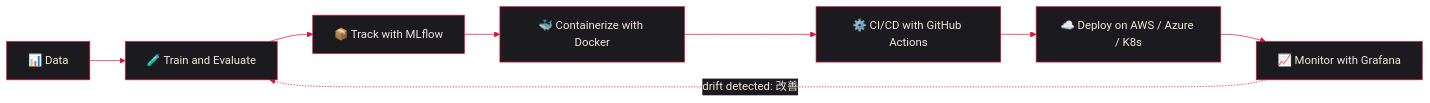
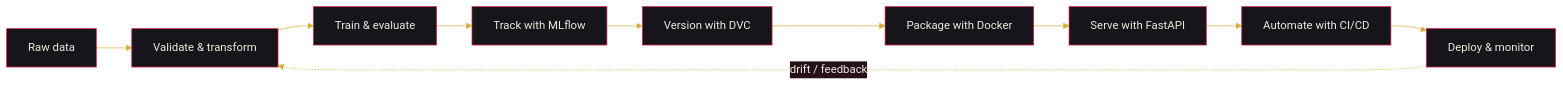
Before and after one commit to MitadruMridha05/MitadruMridha05: the diagram in README.md, drawn with Mermaid. The commit also changed other lines of this file and 2 other files, not shown here.

````diff
--- a/README.md
+++ b/README.md
@@ -76,11 +42,13 @@
 ```mermaid
-%%{init: {'theme':'base','themeVariables':{'primaryColor':'#1A1A1F','primaryTextColor':'#F2E9DC','primaryBorderColor':'#DC143C','lineColor':'#DC143C','secondaryColor':'#1A1A1F','tertiaryColor':'#0A0A0A','fontFamily':'sans-serif'}}}%%
+%%{init: {'theme':'base','themeVariables':{'primaryColor':'#15151B','primaryTextColor':'#F2E9DC','primaryBorderColor':'#DC143C','lineColor':'#D4AF37','secondaryColor':'#26101A','tertiaryColor':'#0A0A0A','fontFamily':'sans-serif'}}}%%
 flowchart LR
-    A[📊 Data] --> B[🧪 Train and Evaluate]
-    B --> C[📦 Track with MLflow]
-    C --> D[🐳 Containerize with Docker]
-    D --> E[⚙️ CI/CD with GitHub Actions]
-    E --> F[☁️ Deploy on AWS / Azure / K8s]
-    F --> G[📈 Monitor with Grafana]
-    G -.->|drift detected: 改善| B
+    A[Raw data] --> B[Validate & transform]
+    B --> C[Train & evaluate]
+    C --> D[Track with MLflow]
+    D --> E[Version with DVC]
+    E --> F[Package with Docker]
+    F --> G[Serve with FastAPI]
+    G --> H[Automate with CI/CD]
+    H --> I[Deploy & monitor]
+    I -. drift / feedback .-> B
 ```
````
